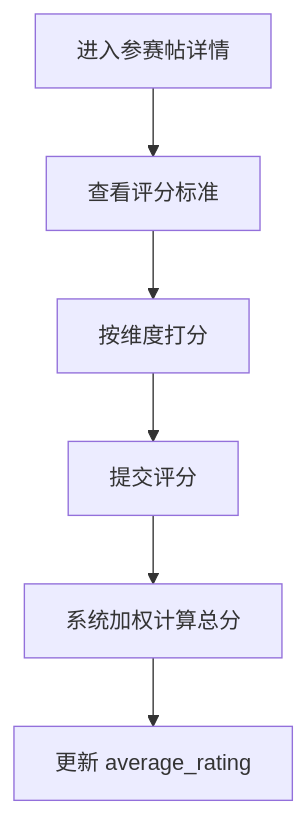
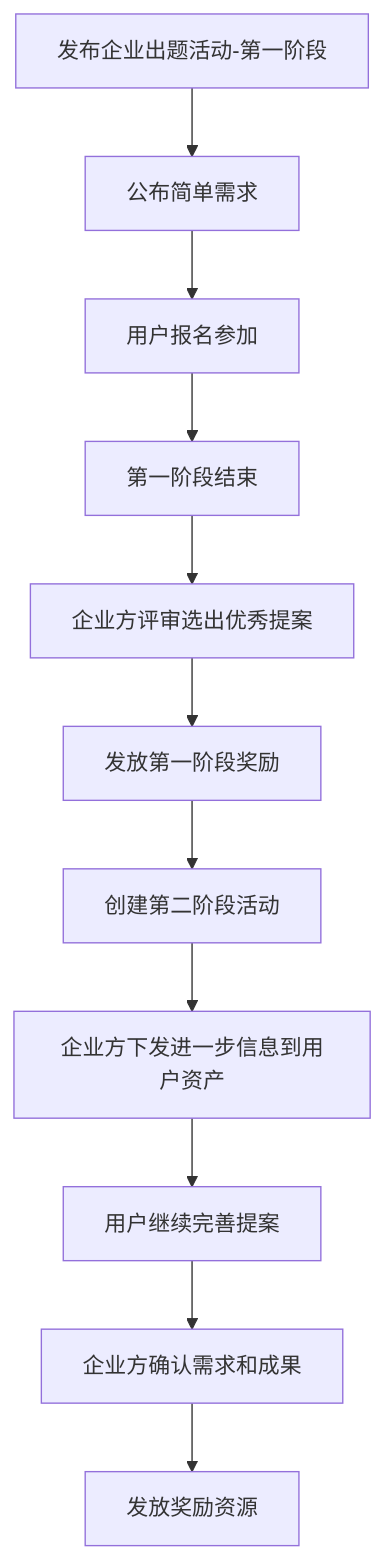
The sixth of 8 diagrams in docs/user-journeys.md (H2OSLabs/SynnovatorZero), drawn with Mermaid before and after one commit. The commit also changed other lines of this file and 8 other files, not shown here.

````diff
--- a/docs/user-journeys.md
+++ b/docs/user-journeys.md
@@ -384,8 +352,13 @@
 ```mermaid
 flowchart TD
-    A[进入参赛帖详情] --> B[查看评分标准]
-    B --> C[按维度打分]
-    C --> D[提交评分]
-    D --> E[系统加权计算总分]
-    E --> F[更新 average_rating]
+    A[发布企业出题活动-第一阶段] --> B[公布简单需求]
+    B --> C[用户报名参加]
+    C --> D[第一阶段结束]
+    D --> E[企业方评审选出优秀提案]
+    E --> F[发放第一阶段奖励]
+    F --> G[创建第二阶段活动]
+    G --> H[企业方下发进一步信息到用户资产]
+    H --> I[用户继续完善提案]
+    I --> J[企业方确认需求和成果]
+    J --> K[发放奖励资源]
 ```
````
